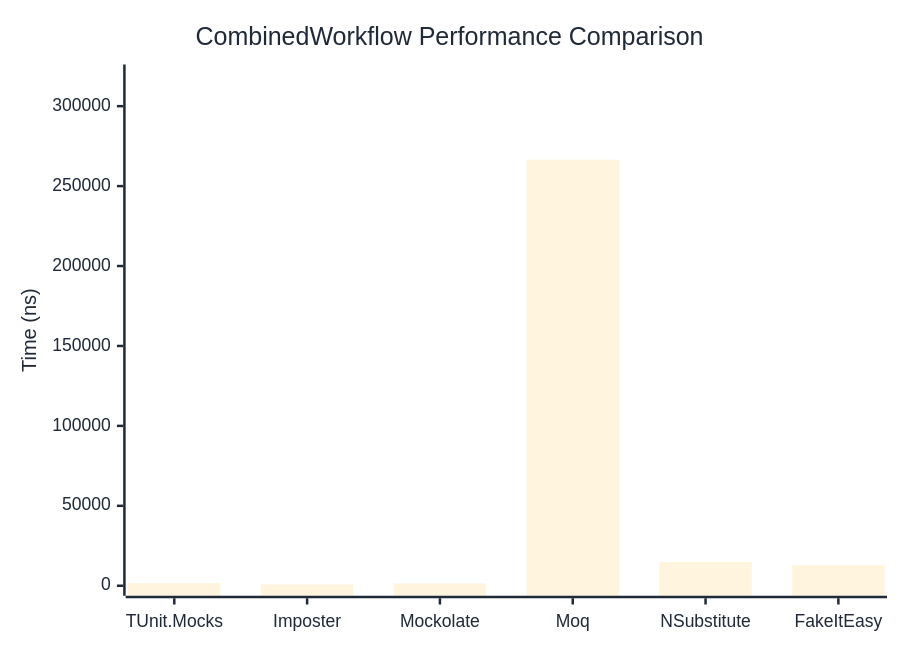
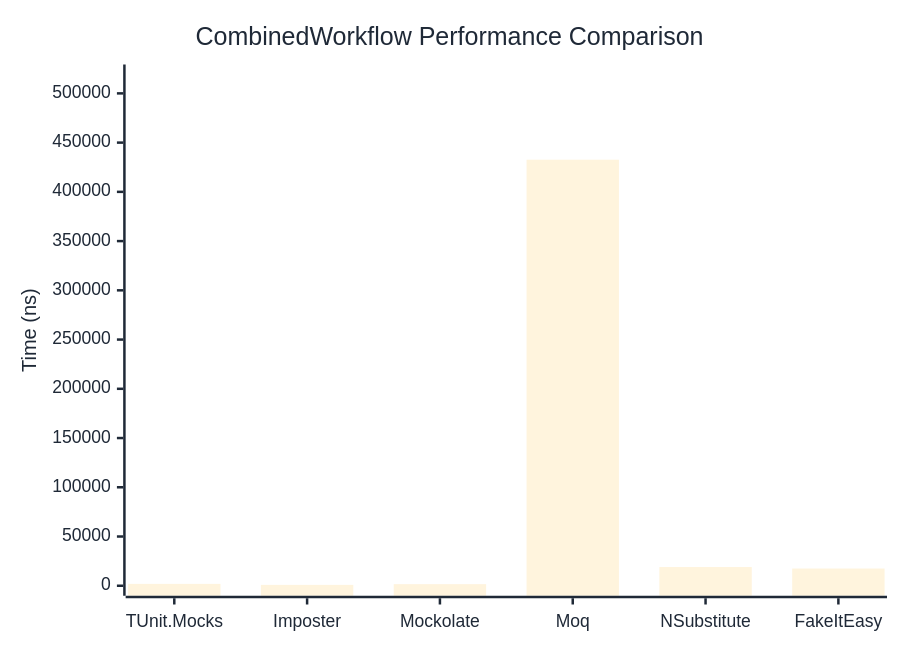
One commit to thomhurst/TUnit changed the diagram in docs/docs/benchmarks/mocks/CombinedWorkflow.md. Above: the diagram before and after it, drawn with Mermaid. The commit also changed other lines of this file and 14 other files, not shown here.

````diff
--- a/docs/docs/benchmarks/mocks/CombinedWorkflow.md
+++ b/docs/docs/benchmarks/mocks/CombinedWorkflow.md
@@ -30,27 +30,27 @@
 ```mermaid
 %%{init: {
   'theme':'base',
   'themeVariables': {
     'primaryColor': '#2563eb',
     'primaryTextColor': '#1f2937',
     'primaryBorderColor': '#1e40af',
     'lineColor': '#6b7280',
     'secondaryColor': '#7c3aed',
     'tertiaryColor': '#dc2626',
     'background': '#ffffff',
     'pie1': '#2563eb',
     'pie2': '#7c3aed',
     'pie3': '#dc2626',
     'pie4': '#f59e0b',
     'pie5': '#10b981',
     'pie6': '#06b6d4',
     'pie7': '#ec4899',
     'pie8': '#6366f1'
   }
 }}%%
 xychart-beta
   title "CombinedWorkflow Performance Comparison"
   x-axis ["TUnit.Mocks", "Imposter", "Mockolate", "Moq", "NSubstitute", "FakeItEasy"]
-  y-axis "Time (ns)" 0 --> 319809
-  bar [1640.6, 807.1, 1468.7, 266507, 14869.2, 12944.3]
+  y-axis "Time (ns)" 0 --> 519174
+  bar [1902.9, 886.3, 1626.5, 432644.3, 18987.6, 17472.6]
 ```
````
